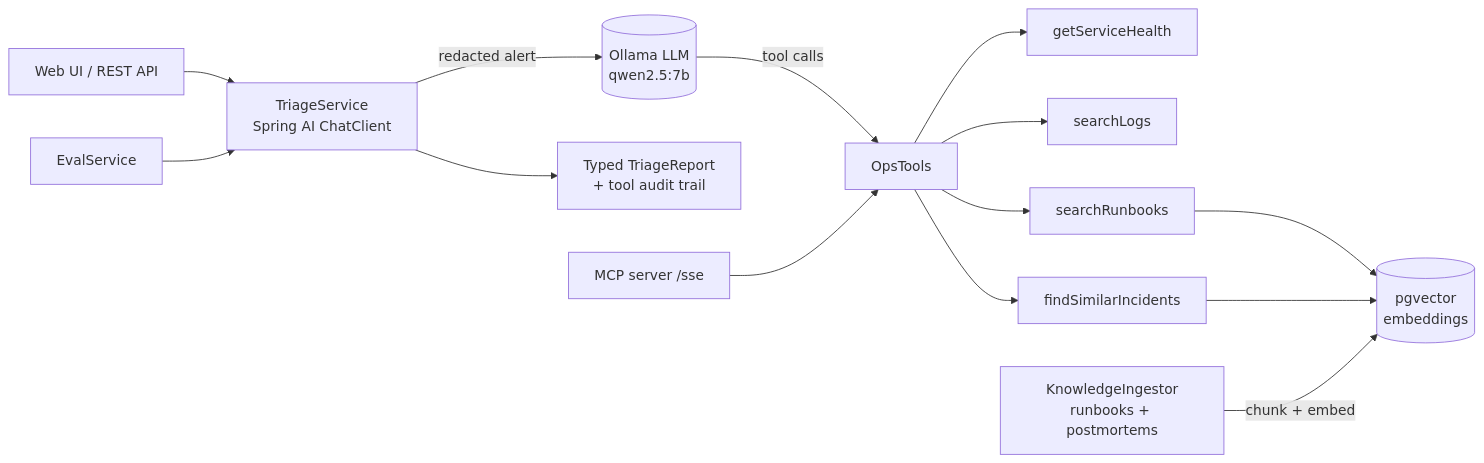
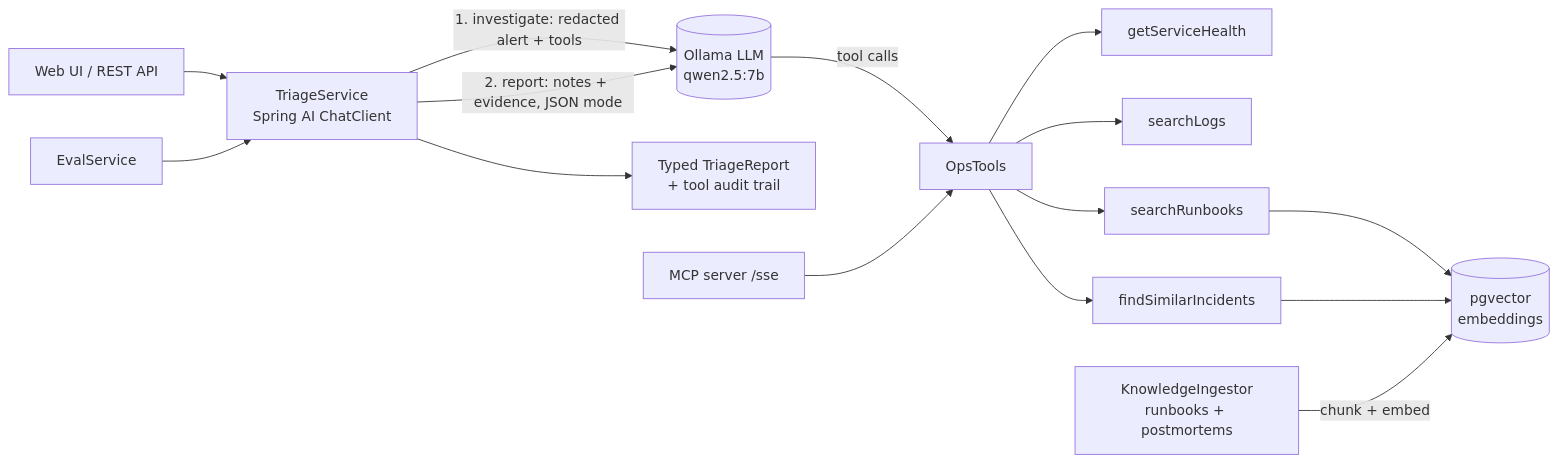
The diagram in README.md (Mahipvk/incident-pilot), drawn with Mermaid before and after one commit. The commit also changed other lines of this file and 4 other files, not shown here.

````diff
--- a/README.md
+++ b/README.md
@@ -17,15 +17,16 @@
 ```mermaid
 flowchart LR
     UI[Web UI / REST API] --> T[TriageService<br/>Spring AI ChatClient]
-    T -->|redacted alert| LLM[(Ollama LLM<br/>qwen2.5:7b)]
+    T -->|1. investigate: redacted alert + tools| LLM[(Ollama LLM<br/>qwen2.5:7b)]
+    T -->|2. report: notes + evidence, JSON mode| LLM
     LLM -->|tool calls| Tools[OpsTools]
     Tools --> H[getServiceHealth]
     Tools --> L[searchLogs]
     Tools --> R[searchRunbooks]
     Tools --> P[findSimilarIncidents]
     R & P --> V[(pgvector<br/>embeddings)]
     I[KnowledgeIngestor<br/>runbooks + postmortems] -->|chunk + embed| V
     T --> Rep[Typed TriageReport<br/>+ tool audit trail]
     MCP[MCP server /sse] --> Tools
     E[EvalService] --> T
 ```
````
